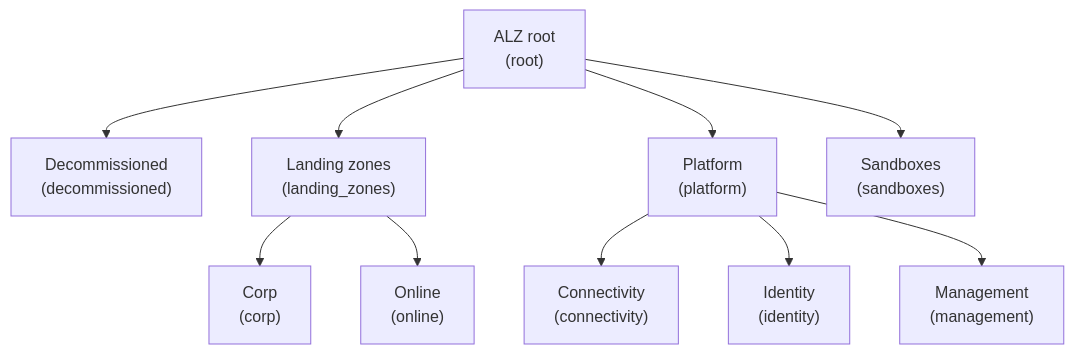
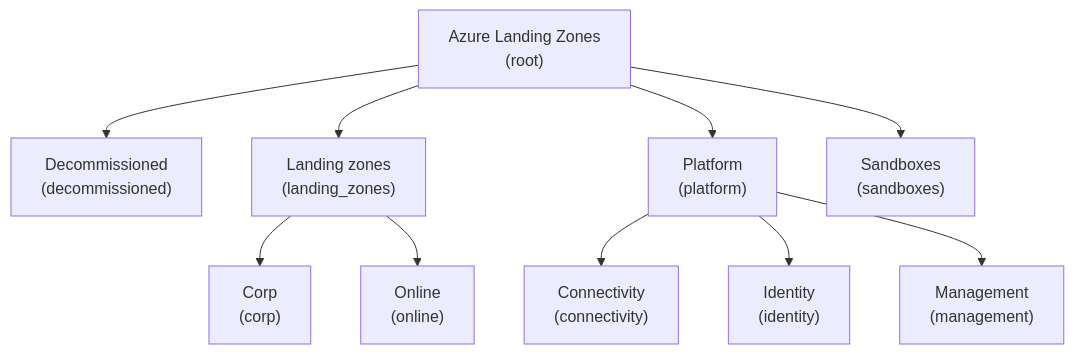
Before and after one commit to Azure/Azure-Landing-Zones-Library: the diagram in platform/alz/README.md, drawn with Mermaid.

````diff
--- a/platform/alz/README.md
+++ b/platform/alz/README.md
@@ -27,33 +27,33 @@
 ```mermaid
 flowchart TD
-  alzroot["ALZ root
+  alzroot["Azure Landing Zones
 (root)"]
   alzroot --> decommissioned
   decommissioned["Decommissioned
 (decommissioned)"]
   alzroot --> landingzones
   landingzones["Landing zones
 (landing_zones)"]
   landingzones --> corp
   corp["Corp
 (corp)"]
   landingzones --> online
   online["Online
 (online)"]
   alzroot --> platform
   platform["Platform
 (platform)"]
   platform --> connectivity
   connectivity["Connectivity
 (connectivity)"]
   platform --> identity
   identity["Identity
 (identity)"]
   platform --> management
   management["Management
 (management)"]
   alzroot --> sandboxes
   sandboxes["Sandboxes
 (sandboxes)"]
 
 ```
````
